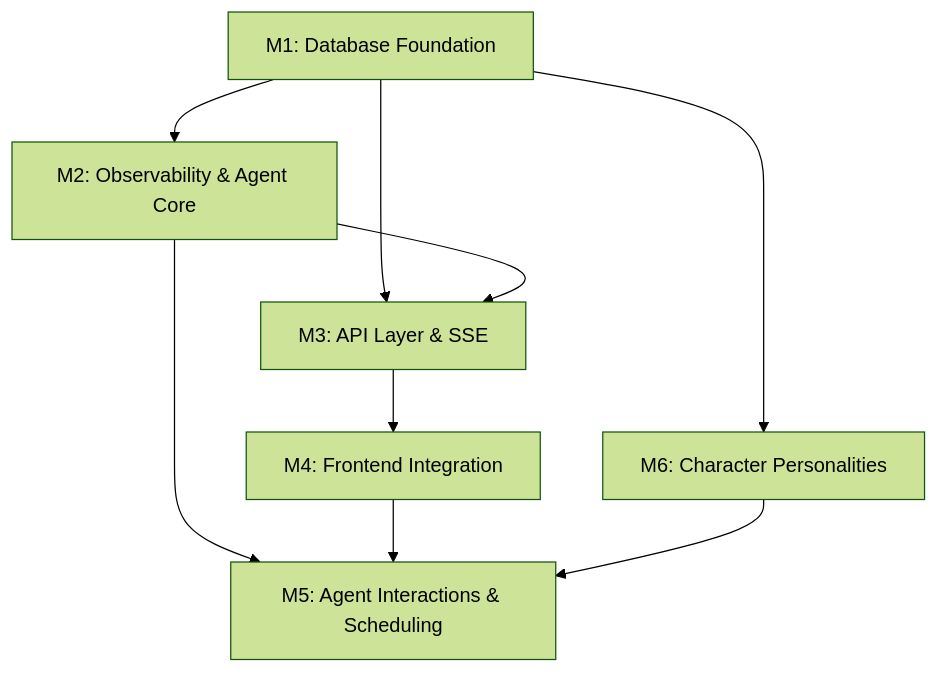
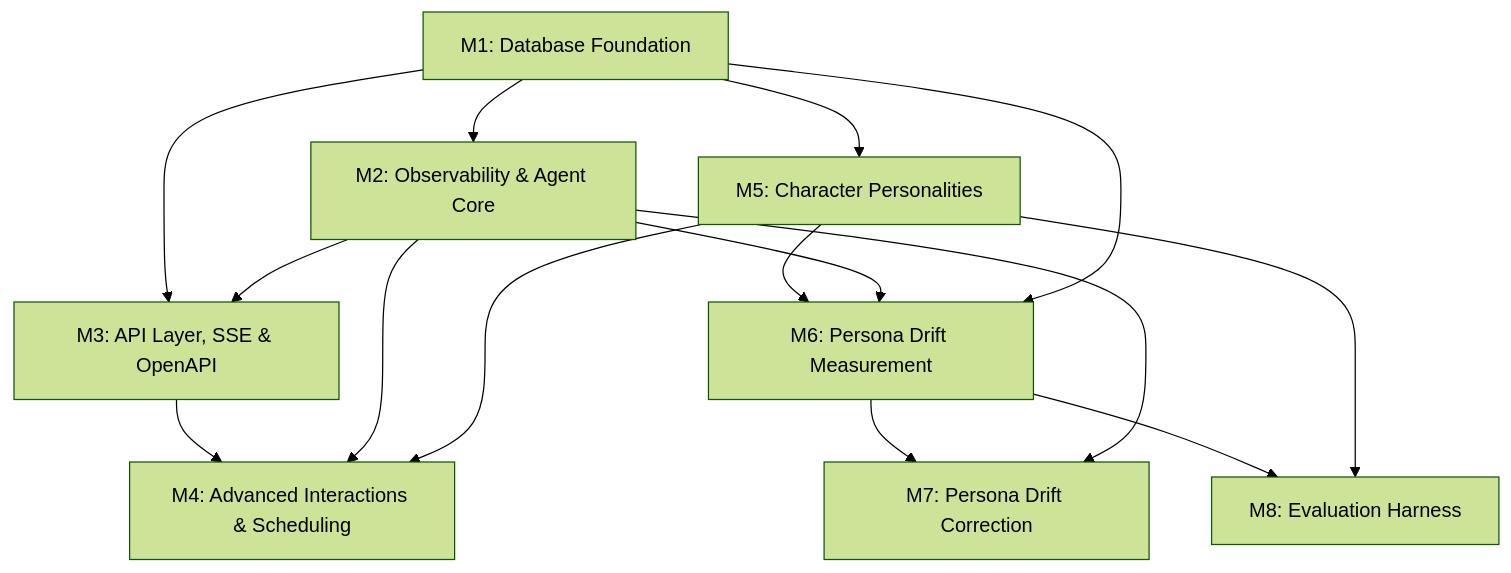
One commit to pedropaulovc/the-office changed the diagram in spec/plan/README.md. Above: the diagram before and after it, drawn with Mermaid (forest theme). The commit also changed other lines of this file and 8 other files, not shown here.

First line of the commit message:
Update specs to align with implemented architecture and M1-M8 plan

````diff
--- a/spec/plan/README.md
+++ b/spec/plan/README.md
@@ -21,11 +21,17 @@
 ```mermaid
 graph TD
     M1[M1: Database Foundation] --> M2[M2: Observability & Agent Core]
-    M1 --> M3[M3: API Layer & SSE]
+    M1 --> M3[M3: API Layer, SSE & OpenAPI]
     M2 --> M3
-    M3 --> M4[M4: Frontend Integration]
-    M2 --> M5[M5: Agent Interactions & Scheduling]
-    M4 --> M5
-    M1 --> M6[M6: Character Personalities]
-    M6 --> M5
+    M3 --> M4[M4: Advanced Interactions & Scheduling]
+    M2 --> M4
+    M1 --> M5[M5: Character Personalities]
+    M5 --> M4
+    M5 --> M6[M6: Persona Drift Measurement]
+    M2 --> M6
+    M1 --> M6
+    M6 --> M7[M7: Persona Drift Correction]
+    M2 --> M7
+    M6 --> M8[M8: Evaluation Harness]
+    M5 --> M8
 ```
````
